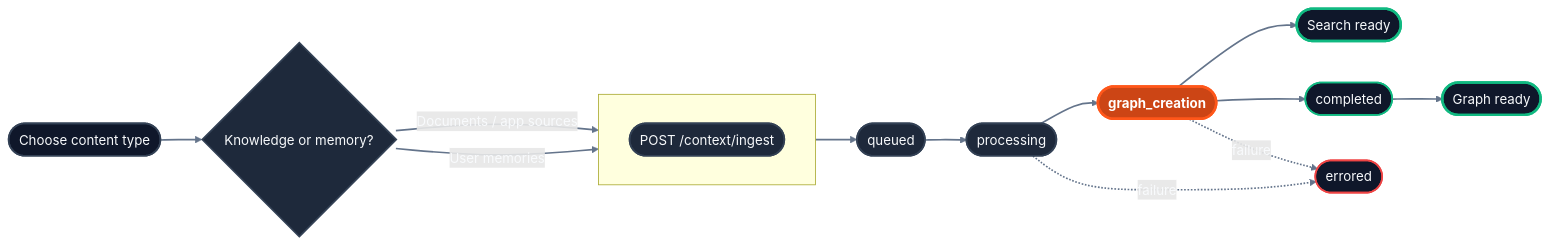
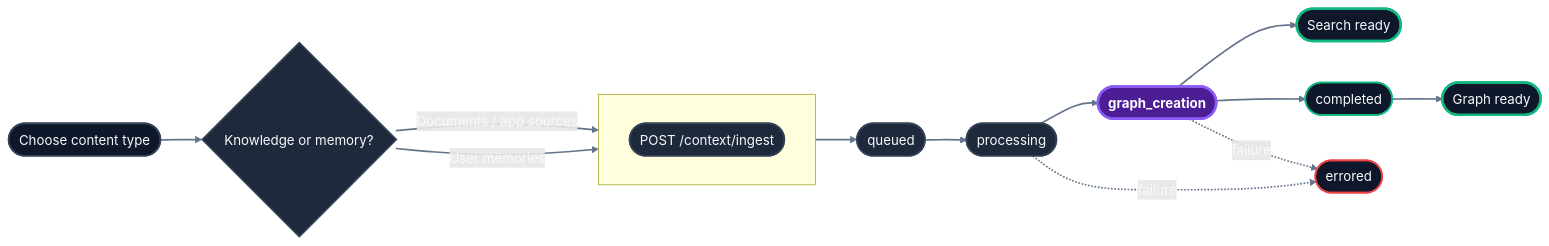
Before and after one commit to hydra-db/mintlify-docs: the diagram in api-reference/v2/endpoint/sources-overview.mdx, drawn with Mermaid. The commit also changed other lines of this file and 10 other files, not shown here.

````diff
--- a/api-reference/v2/endpoint/sources-overview.mdx
+++ b/api-reference/v2/endpoint/sources-overview.mdx
@@ -23,34 +21,34 @@
 ```mermaid
 flowchart LR
     A([Choose content type]) --> B{Knowledge or memory?}
 
     subgraph Ingestion [" "]
       direction LR
       SI([POST /context/ingest])
     end
 
     B -- Documents / app sources --> SI
     B -- User memories --> SI
 
     SI --> Q([queued])
     Q --> P([processing])
     P --> G([graph_creation])
     G --> R([Search ready])
     G --> C([completed])
     C --> GR([Graph ready])
 
     P -. failure .-> E([errored])
     G -. failure .-> E
 
     linkStyle default stroke:#64748b,stroke-width:2px,color:#f8fafc
     style A fill:#0f172a,stroke:#334155,stroke-width:2px,color:#f8fafc
     style B fill:#1e293b,stroke:#334155,stroke-width:2px,color:#f8fafc
     style SI fill:#1e293b,stroke:#334155,stroke-width:2px,color:#f8fafc
     style Q fill:#1e293b,stroke:#334155,stroke-width:2px,color:#f8fafc
     style P fill:#1e293b,stroke:#334155,stroke-width:2px,color:#f8fafc
-    style G fill:#CC4515,stroke:#FF571A,stroke-width:3px,color:#ffffff,font-weight:bold
+    style G fill:#4c1d95,stroke:#8b5cf6,stroke-width:3px,color:#ffffff,font-weight:bold
     style C fill:#0f172a,stroke:#10b981,stroke-width:2px,color:#f8fafc
     style R fill:#0f172a,stroke:#10b981,stroke-width:3px,color:#f8fafc
     style GR fill:#0f172a,stroke:#10b981,stroke-width:3px,color:#f8fafc
     style E fill:#0f172a,stroke:#ef4444,stroke-width:2px,color:#f8fafc
 ```
````
